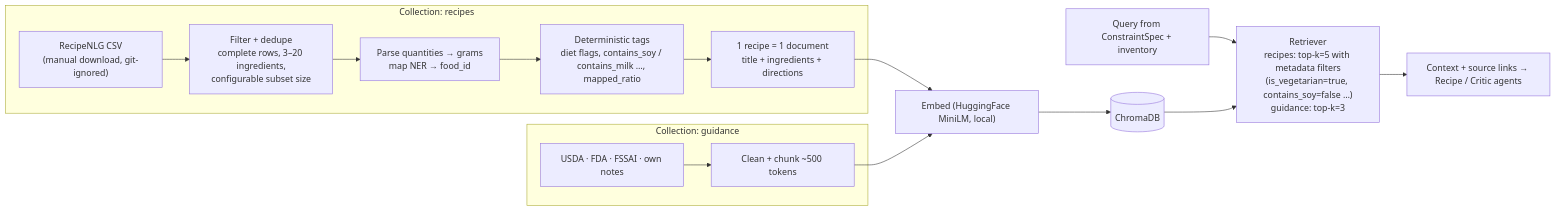
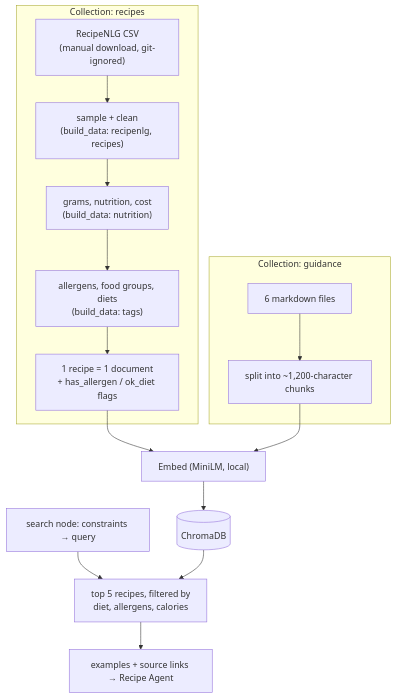
The fourth of 6 diagrams in docs/architecture.md (ShubhranshuVerma/NutriChef_AI), drawn with Mermaid before and after one commit. The commit also changed other lines of this file and 14 other files, not shown here.

Commit message:
Make the agents deterministic: Python critic, fixed sampling, saved answers

````diff
--- a/docs/architecture.md
+++ b/docs/architecture.md
@@ -174,18 +190,18 @@
 ```mermaid
-flowchart LR
+flowchart TB
     subgraph R1["Collection: recipes"]
-      N["RecipeNLG CSV<br/>(manual download, git-ignored)"] --> F["Filter + dedupe<br/>complete rows, 3–20 ingredients,<br/>configurable subset size"]
-      F --> P["Parse quantities → grams<br/>map NER → food_id"]
-      P --> T["Deterministic tags<br/>diet flags, contains_soy / contains_milk …, mapped_ratio"]
-      T --> D1["1 recipe = 1 document<br/>title + ingredients + directions"]
+      N["RecipeNLG CSV<br/>(manual download, git-ignored)"] --> F["sample + clean<br/>(build_data: recipenlg, recipes)"]
+      F --> P["grams, nutrition, cost<br/>(build_data: nutrition)"]
+      P --> T["allergens, food groups, diets<br/>(build_data: tags)"]
+      T --> D1["1 recipe = 1 document<br/>+ has_allergen / ok_diet flags"]
     end
     subgraph R2["Collection: guidance"]
-      G["USDA · FDA · FSSAI · own notes"] --> C2["Clean + chunk ~500 tokens"]
+      G["6 markdown files"] --> C2["split into ~1,200-character chunks"]
     end
-    D1 --> E["Embed (HuggingFace MiniLM, local)"]
+    D1 --> E["Embed (MiniLM, local)"]
     C2 --> E
     E --> V[("ChromaDB")]
-    Q["Query from ConstraintSpec + inventory"] --> RET["Retriever<br/>recipes: top-k=5 with metadata filters<br/>(is_vegetarian=true, contains_soy=false …)<br/>guidance: top-k=3"]
+    Q["search node: constraints → query"] --> RET["top 5 recipes, filtered by<br/>diet, allergens, calories"]
     V --> RET
-    RET --> CTX["Context + source links → Recipe / Critic agents"]
+    RET --> CTX["examples + source links → Recipe Agent"]
 ```
````
